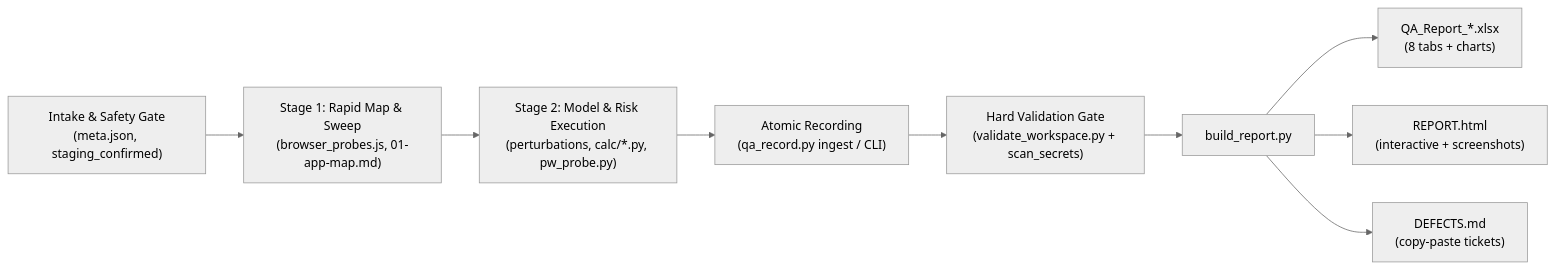
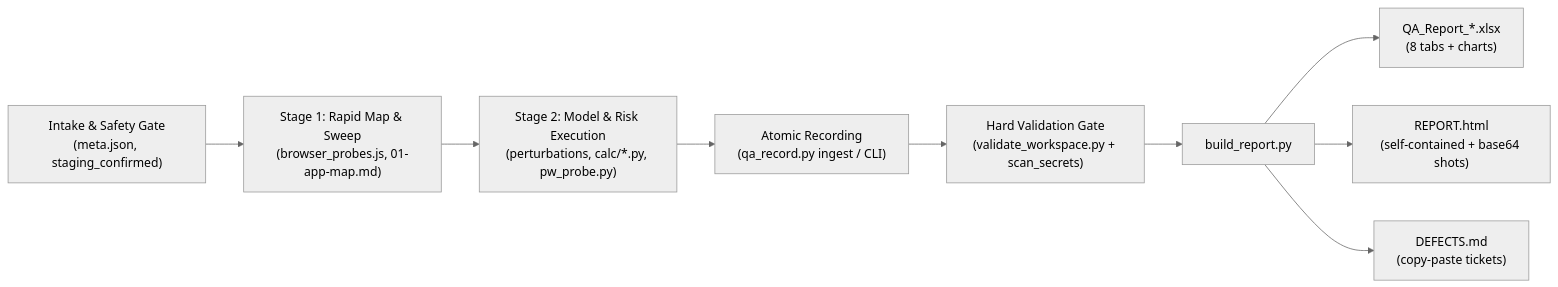
Before and after one commit to AffanKhan007/blackbox-ui-qa: the diagram in README.md, drawn with Mermaid (neutral theme). The commit also changed other lines of this file and 22 other files, not shown here.

Commit message:
v2.3.0: deeplink-check, self-contained HTML images, UTF-8 CLI stdio, WCAG/secret false-positive fixes, high-conversion README

````diff
--- a/README.md
+++ b/README.md
@@ -108,11 +56,11 @@
 ```mermaid
 flowchart LR
     Intake["Intake & Safety Gate\n(meta.json, staging_confirmed)"] --> S1["Stage 1: Rapid Map & Sweep\n(browser_probes.js, 01-app-map.md)"]
     S1 --> S2["Stage 2: Model & Risk Execution\n(perturbations, calc/*.py, pw_probe.py)"]
     S2 --> Rec["Atomic Recording\n(qa_record.py ingest / CLI)"]
     Rec --> Val["Hard Validation Gate\n(validate_workspace.py + scan_secrets)"]
     Val --> Out["build_report.py"]
     Out --> Xlsx["QA_Report_*.xlsx\n(8 tabs + charts)"]
-    Out --> Html["REPORT.html\n(interactive + screenshots)"]
+    Out --> Html["REPORT.html\n(self-contained + base64 shots)"]
     Out --> Md["DEFECTS.md\n(copy-paste tickets)"]
 ```
````
